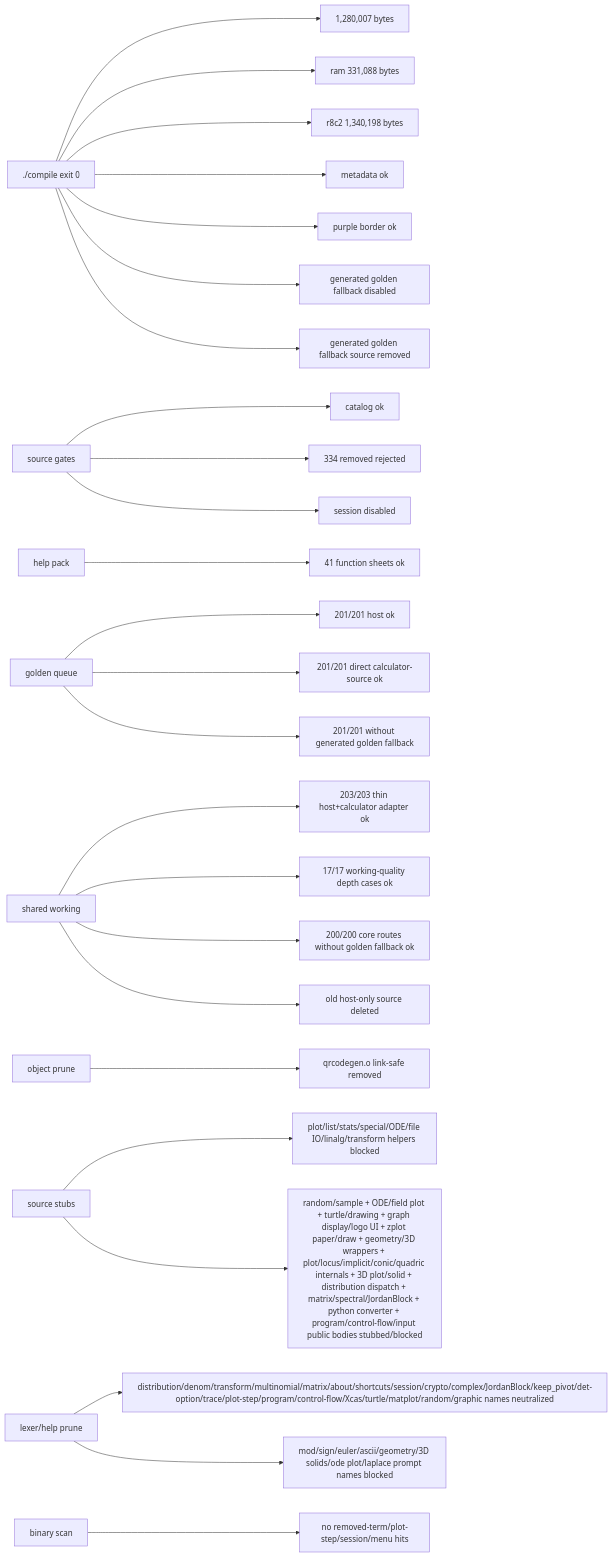
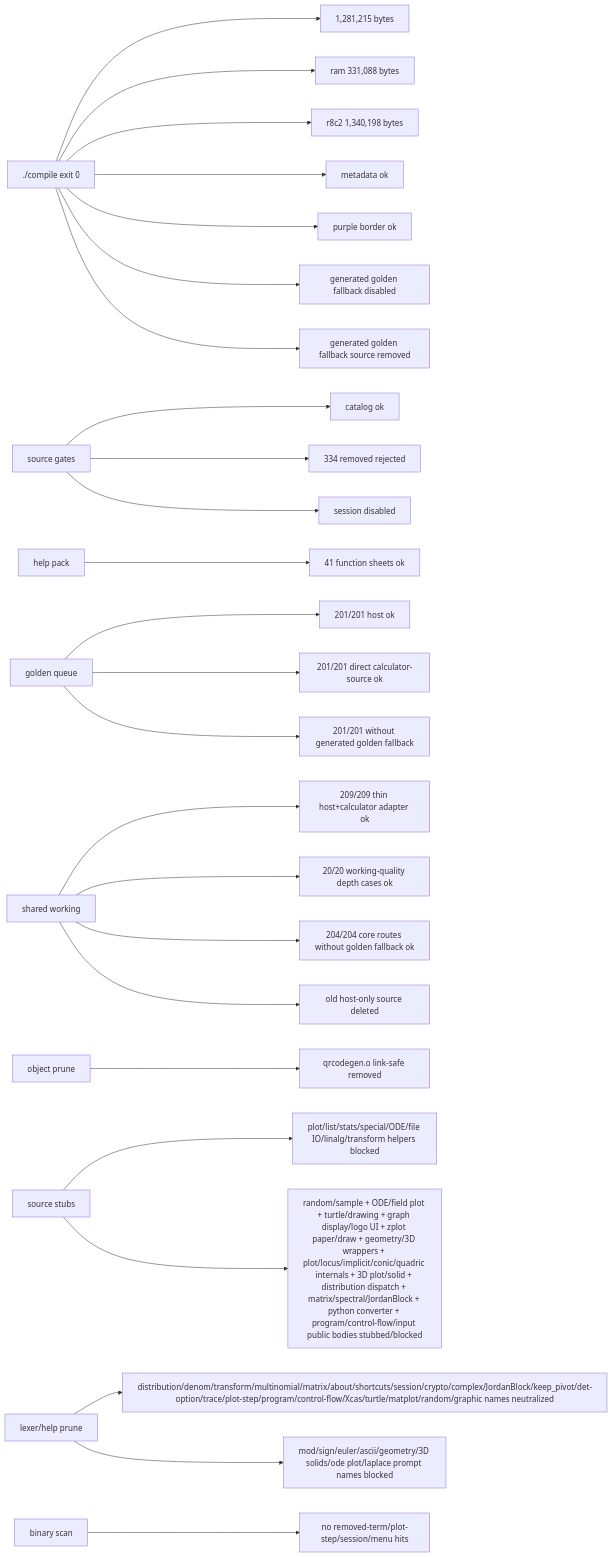
The seventh of 7 diagrams in docs/GRAPH.md (james8464/notes-addin-casio-fx-cg50), drawn with Mermaid before and after one commit. The commit also changed other lines of this file and 4 other files, not shown here.

Commit message:
feat: broaden suvat working routes

````diff
--- a/docs/GRAPH.md
+++ b/docs/GRAPH.md
@@ -189,27 +190,27 @@
 ```mermaid
 graph LR
-  Build["./compile exit 0"] --> Size["1,280,007 bytes"]
+  Build["./compile exit 0"] --> Size["1,281,215 bytes"]
   Build --> Ram["ram 331,088 bytes"]
   Build --> R8C2["r8c2 1,340,198 bytes"]
   Build --> Meta["metadata ok"]
   Build --> Border["purple border ok"]
   Build --> NoRuntimeFallback["generated golden fallback disabled"]
   Build --> NoRuntimeSource["generated golden fallback source removed"]
   Source["source gates"] --> Catalog["catalog ok"]
   Source --> Removed["334 removed rejected"]
   Source --> Session["session disabled"]
   Help["help pack"] --> HelpQ["41 function sheets ok"]
   Queue["golden queue"] --> QueueRun["201/201 host ok"]
   Queue --> GoldenRun["201/201 direct calculator-source ok"]
   Queue --> NoGolden["201/201 without generated golden fallback"]
-  Shared["shared working"] --> SharedRun["203/203 thin host+calculator adapter ok"]
-  Shared --> WorkQ["17/17 working-quality depth cases ok"]
-  Shared --> CoreRun["200/200 core routes without golden fallback ok"]
+  Shared["shared working"] --> SharedRun["209/209 thin host+calculator adapter ok"]
+  Shared --> WorkQ["20/20 working-quality depth cases ok"]
+  Shared --> CoreRun["204/204 core routes without golden fallback ok"]
   Shared --> NoHostSrc["old host-only source deleted"]
   Obj["object prune"] --> QR["qrcodegen.o link-safe removed"]
   Macro["source stubs"] --> Stubbed["plot/list/stats/special/ODE/file IO/linalg/transform helpers blocked"]
   Macro --> RuntimeStubbed["random/sample + ODE/field plot + turtle/drawing + graph display/logo UI + zplot paper/draw + geometry/3D wrappers + plot/locus/implicit/conic/quadric internals + 3D plot/solid + distribution dispatch + matrix/spectral/JordanBlock + python converter + program/control-flow/input public bodies stubbed/blocked"]
   Static["lexer/help prune"] --> StaticRun["distribution/denom/transform/multinomial/matrix/about/shortcuts/session/crypto/complex/JordanBlock/keep_pivot/det-option/trace/plot-step/program/control-flow/Xcas/turtle/matplot/random/graphic names neutralized"]
   Static --> PromptRun["mod/sign/euler/ascii/geometry/3D solids/ode plot/laplace prompt names blocked"]
   Bin["binary scan"] --> NoLeak["no removed-term/plot-step/session/menu hits"]
 ```
````
